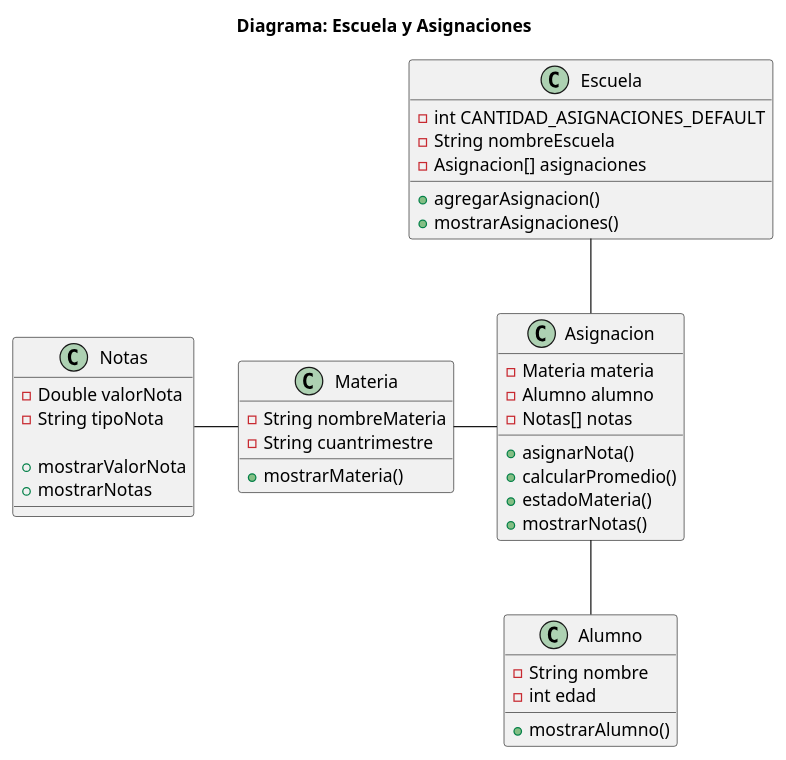
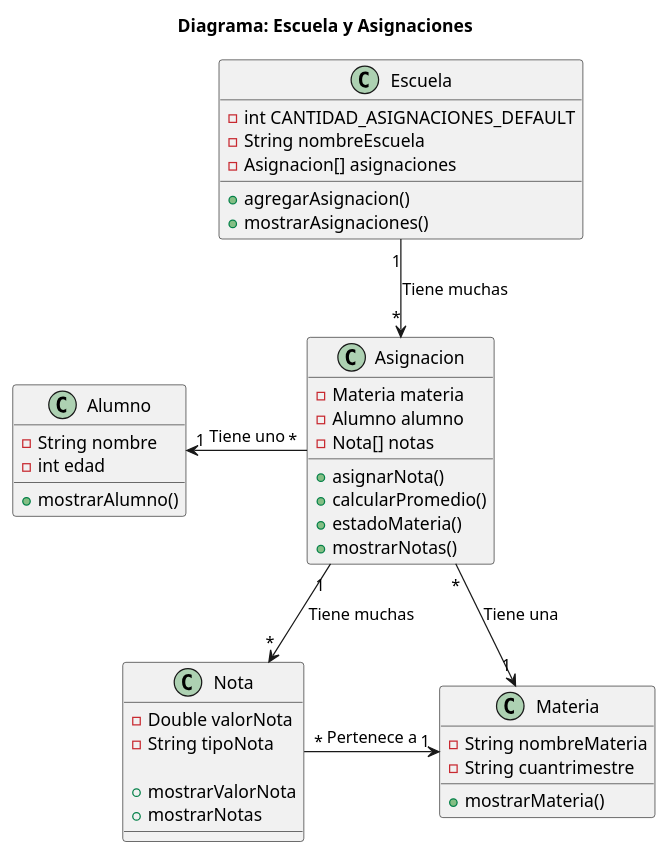
The diagram in bin/doc/diagrama-escuela.puml (gioruanova/dv-poo-20231c-escuela-ruanova-jorge), drawn with PlantUML before and after one commit. The commit also changed 8 other files, not shown here.

```diff
--- a/bin/doc/diagrama-escuela.puml
+++ b/bin/doc/diagrama-escuela.puml
@@ -1,59 +1,60 @@
 @startuml
 
 Title Diagrama: Escuela y Asignaciones
 
 class Escuela{
 	 -int CANTIDAD_ASIGNACIONES_DEFAULT
 	 -String nombreEscuela
 	 -Asignacion[] asignaciones
 	 	 
 	 +agregarAsignacion()
 	 +mostrarAsignaciones()
 }
 
 
 class Asignacion{
 	 -Materia materia
 	 -Alumno alumno
-	 -Notas[] notas
+	 -Nota[] notas
 
 	 +asignarNota()
 	 +calcularPromedio()
 	 +estadoMateria()
 	 +mostrarNotas()
 }
 
-class Notas{
+class Nota{
 	-Double valorNota
 	-String tipoNota
 	
 	+mostrarValorNota
 	+mostrarNotas
 }
 
 
 class Alumno{
 	-String nombre
 	-int edad
 	
 	+mostrarAlumno()
 }
 
 
 class Materia{
 	-String nombreMateria
 	-String cuantrimestre
 	
 	+mostrarMateria()
 }
 
 
-Escuela -- Asignacion
-Asignacion -left- Materia
-Asignacion -- Alumno
-Materia -left- Notas
+Escuela "1" --> "*" Asignacion : Tiene muchas
+Asignacion "*" -right-> "1" Materia : Tiene una
+Asignacion "*" -left-> "1" Alumno : Tiene uno
+Asignacion "1" --> "*" Nota : Tiene muchas
+Nota "*" -right-> "1" Materia : Pertenece a
 
 
 
 
 @enduml
```
